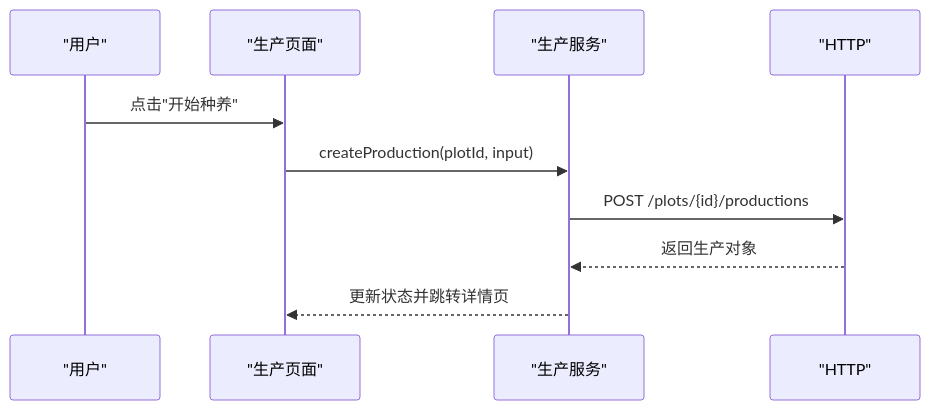
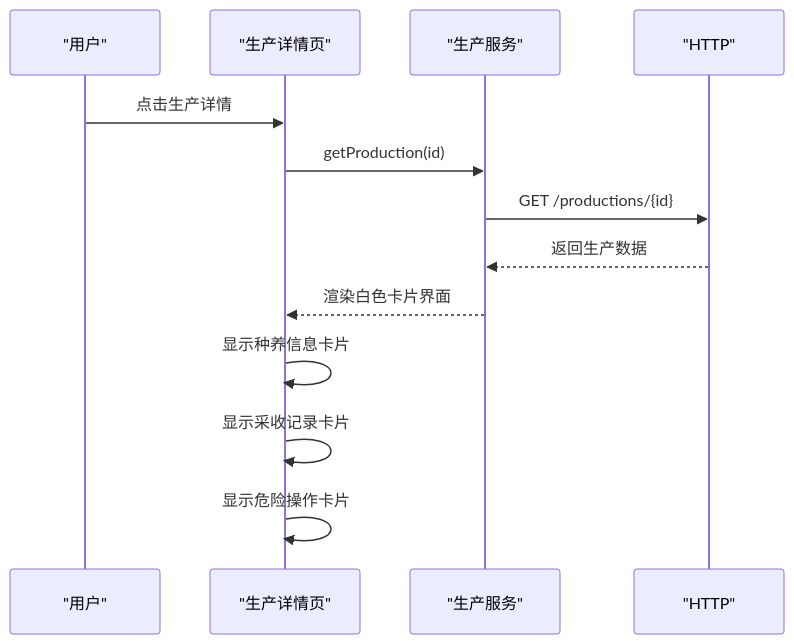
The fifth of 7 diagrams in .qoder/repowiki/zh/content/前端应用/前端应用.md (wungjyan/pocket-farm), drawn with Mermaid before and after one commit. The commit also changed other lines of this file and 120 other files, not shown here.

````diff
--- a/.qoder/repowiki/zh/content/前端应用/前端应用.md
+++ b/.qoder/repowiki/zh/content/前端应用/前端应用.md
@@ -255,12 +267,15 @@
 ```mermaid
 sequenceDiagram
 participant U as "用户"
-participant P as "生产页面"
+participant P as "生产详情页"
 participant S as "生产服务"
 participant H as "HTTP"
-U->>P : 点击"开始种养"
-P->>S : createProduction(plotId, input)
-S->>H : POST /plots/{id}/productions
-H-->>S : 返回生产对象
-S-->>P : 更新状态并跳转详情页
+U->>P : 点击生产详情
+P->>S : getProduction(id)
+S->>H : GET /productions/{id}
+H-->>S : 返回生产数据
+S-->>P : 渲染白色卡片界面
+P->>P : 显示种养信息卡片
+P->>P : 显示采收记录卡片
+P->>P : 显示危险操作卡片
 ```
````
